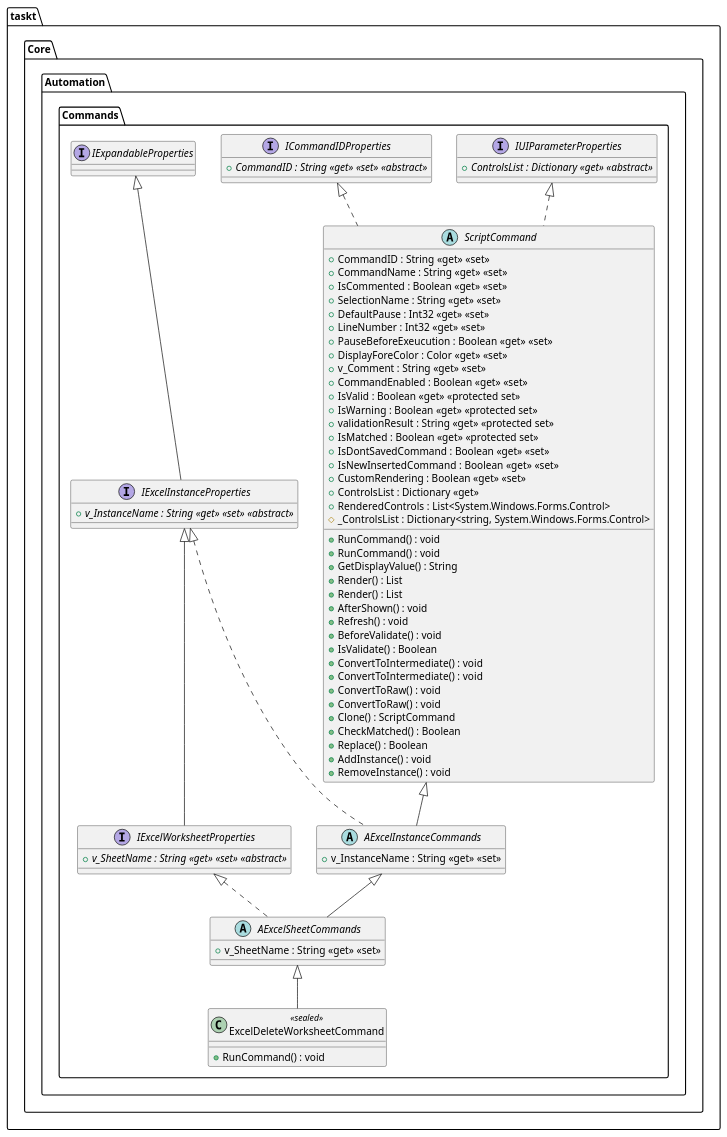
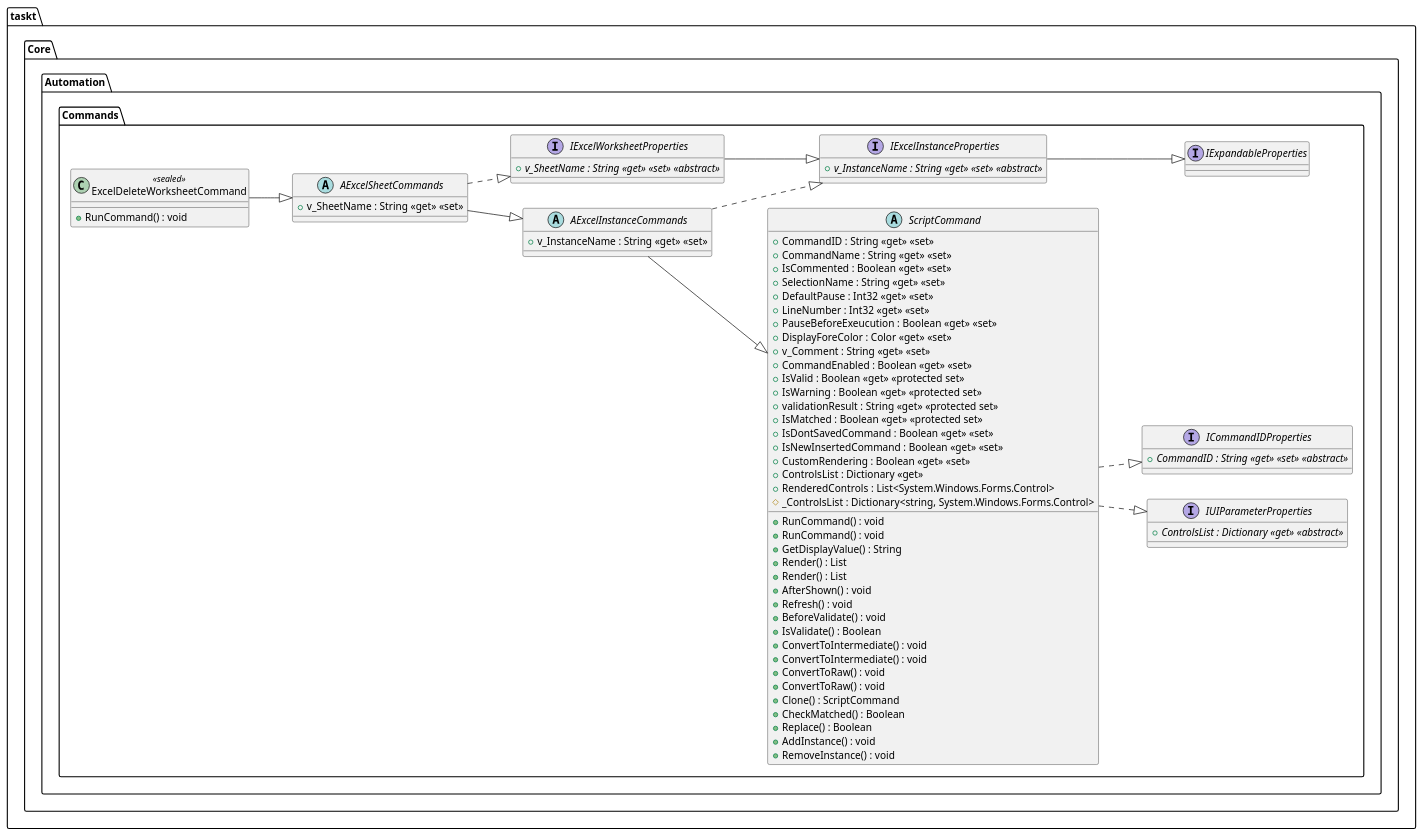
One commit to saucepleez/taskt changed the diagram in taskt/Core/Automation/Commands/ExcelGroup/ExcelDeleteWorksheetCommand.puml. Above: the diagram before and after it, drawn with PlantUML. The commit also changed 1201 other files, not shown here.

```diff
--- a/taskt/Core/Automation/Commands/ExcelGroup/ExcelDeleteWorksheetCommand.puml
+++ b/taskt/Core/Automation/Commands/ExcelGroup/ExcelDeleteWorksheetCommand.puml
@@ -1,102 +1,102 @@
 @startuml
+left to right direction
 package "taskt.Core.Automation.Commands"{
 class "ExcelDeleteWorksheetCommand" <<sealed>> {
 +RunCommand() : void 
 }
 }
 
 package "taskt.Core.Automation.Commands"{
 abstract class "AExcelSheetCommands"{
 +v_SheetName : String <<get>> <<set>> 
 }
 }
 
 package "taskt.Core.Automation.Commands"{
 abstract class "AExcelInstanceCommands"{
 +v_InstanceName : String <<get>> <<set>> 
 }
 }
 
 package "taskt.Core.Automation.Commands"{
 Interface "IExcelWorksheetProperties" {
 +{abstract} v_SheetName : String <<get>> <<set>> <<abstract>> 
 }
 }
 
 package "taskt.Core.Automation.Commands"{
 abstract class "ScriptCommand"{
 +RunCommand() : void 
 +RunCommand() : void 
 +GetDisplayValue() : String
 +Render() : List
 +Render() : List
 +AfterShown() : void 
 +Refresh() : void 
 +BeforeValidate() : void 
 +IsValidate() : Boolean
 +ConvertToIntermediate() : void 
 +ConvertToIntermediate() : void 
 +ConvertToRaw() : void 
 +ConvertToRaw() : void 
 +Clone() : ScriptCommand
 +CheckMatched() : Boolean
 +Replace() : Boolean
 +AddInstance() : void 
 +RemoveInstance() : void 
 +CommandID : String <<get>> <<set>> 
 +CommandName : String <<get>> <<set>> 
 +IsCommented : Boolean <<get>> <<set>> 
 +SelectionName : String <<get>> <<set>> 
 +DefaultPause : Int32 <<get>> <<set>> 
 +LineNumber : Int32 <<get>> <<set>> 
 +PauseBeforeExeucution : Boolean <<get>> <<set>> 
 +DisplayForeColor : Color <<get>> <<set>> 
 +v_Comment : String <<get>> <<set>> 
 +CommandEnabled : Boolean <<get>> <<set>> 
 +IsValid : Boolean <<get>> <<protected set>>
 +IsWarning : Boolean <<get>> <<protected set>>
 +validationResult : String <<get>> <<protected set>>
 +IsMatched : Boolean <<get>> <<protected set>>
 +IsDontSavedCommand : Boolean <<get>> <<set>> 
 +IsNewInsertedCommand : Boolean <<get>> <<set>> 
 +CustomRendering : Boolean <<get>> <<set>> 
 +ControlsList : Dictionary <<get>> 
 +RenderedControls : List<System.Windows.Forms.Control>
 #_ControlsList : Dictionary<string, System.Windows.Forms.Control>
 }
 }
 
 package "taskt.Core.Automation.Commands"{
 Interface "IExcelInstanceProperties" {
 +{abstract} v_InstanceName : String <<get>> <<set>> <<abstract>> 
 }
 }
 
 package "taskt.Core.Automation.Commands"{
 Interface "IUIParameterProperties" {
 +{abstract} ControlsList : Dictionary <<get>> <<abstract>> 
 }
 }
 
 package "taskt.Core.Automation.Commands"{
 Interface "ICommandIDProperties" {
 +{abstract} CommandID : String <<get>> <<set>> <<abstract>> 
 }
 }
 
 package "taskt.Core.Automation.Commands"{
 Interface "IExpandableProperties" {
 }
 }
 
-
-taskt.Core.Automation.Commands.AExcelSheetCommands <|-- taskt.Core.Automation.Commands.ExcelDeleteWorksheetCommand
-taskt.Core.Automation.Commands.AExcelInstanceCommands <|-- taskt.Core.Automation.Commands.AExcelSheetCommands
-taskt.Core.Automation.Commands.IExcelWorksheetProperties <|.. taskt.Core.Automation.Commands.AExcelSheetCommands
-taskt.Core.Automation.Commands.ScriptCommand <|-- taskt.Core.Automation.Commands.AExcelInstanceCommands
-taskt.Core.Automation.Commands.IExcelInstanceProperties <|.. taskt.Core.Automation.Commands.AExcelInstanceCommands
-taskt.Core.Automation.Commands.IExcelInstanceProperties <|-- taskt.Core.Automation.Commands.IExcelWorksheetProperties
-taskt.Core.Automation.Commands.IUIParameterProperties <|.. taskt.Core.Automation.Commands.ScriptCommand
-taskt.Core.Automation.Commands.ICommandIDProperties <|.. taskt.Core.Automation.Commands.ScriptCommand
-taskt.Core.Automation.Commands.IExpandableProperties <|-- taskt.Core.Automation.Commands.IExcelInstanceProperties
+taskt.Core.Automation.Commands.ExcelDeleteWorksheetCommand --|> taskt.Core.Automation.Commands.AExcelSheetCommands
+taskt.Core.Automation.Commands.AExcelSheetCommands --|> taskt.Core.Automation.Commands.AExcelInstanceCommands
+taskt.Core.Automation.Commands.AExcelSheetCommands ..|> taskt.Core.Automation.Commands.IExcelWorksheetProperties
+taskt.Core.Automation.Commands.AExcelInstanceCommands --|> taskt.Core.Automation.Commands.ScriptCommand
+taskt.Core.Automation.Commands.AExcelInstanceCommands ..|> taskt.Core.Automation.Commands.IExcelInstanceProperties
+taskt.Core.Automation.Commands.IExcelWorksheetProperties --|> taskt.Core.Automation.Commands.IExcelInstanceProperties
+taskt.Core.Automation.Commands.ScriptCommand ..|> taskt.Core.Automation.Commands.IUIParameterProperties
+taskt.Core.Automation.Commands.ScriptCommand ..|> taskt.Core.Automation.Commands.ICommandIDProperties
+taskt.Core.Automation.Commands.IExcelInstanceProperties --|> taskt.Core.Automation.Commands.IExpandableProperties
 @enduml
```
